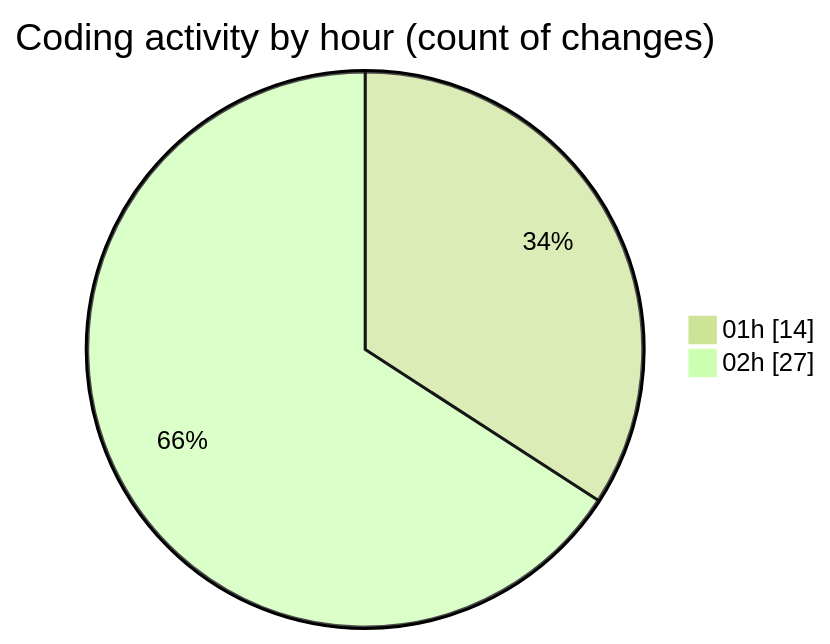
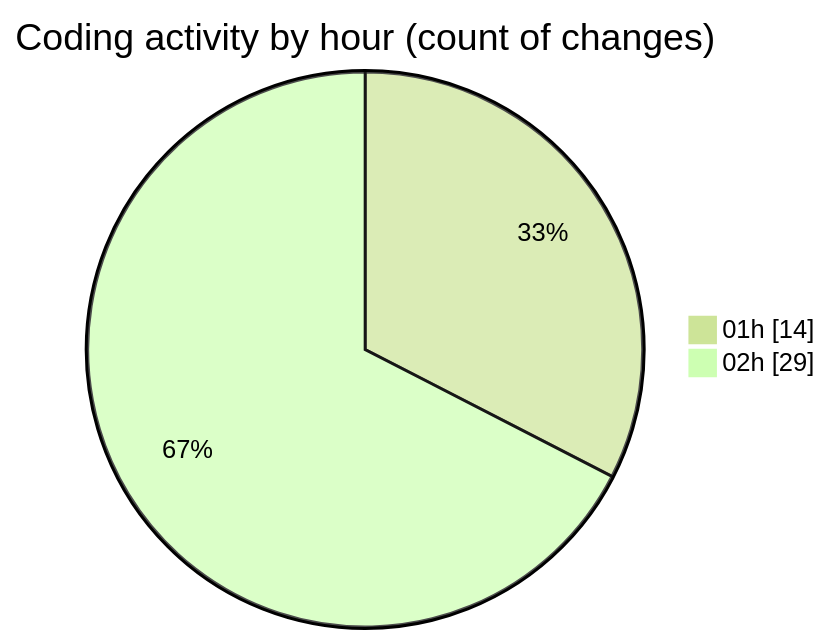
The second of 2 diagrams in 2025-07-13/telebot/README.md (jrari/code-tracking), drawn with Mermaid (forest theme) before and after one commit. The commit also changed other lines of this file and 1 other file, not shown here.

````diff
--- a/2025-07-13/telebot/README.md
+++ b/2025-07-13/telebot/README.md
@@ -49,6 +50,6 @@
 ```mermaid
 pie showData
 title Coding activity by hour (count of changes)
 "01h" : 14
-"02h" : 27
+"02h" : 29
 ```
````
